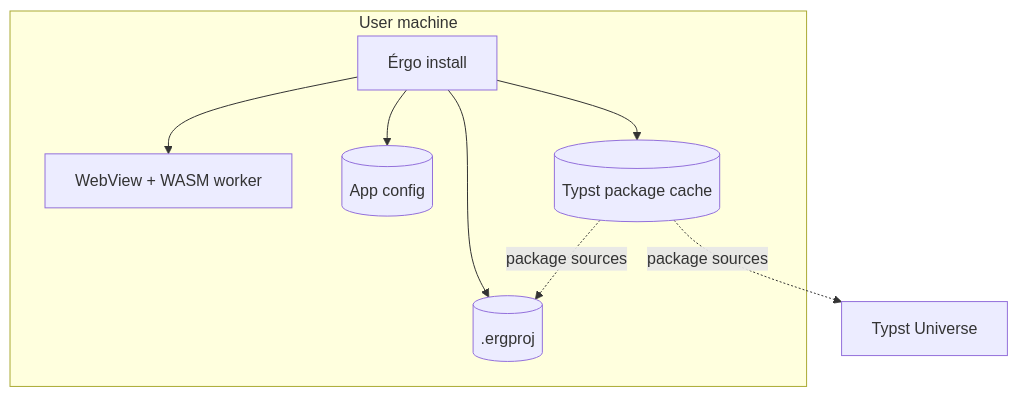
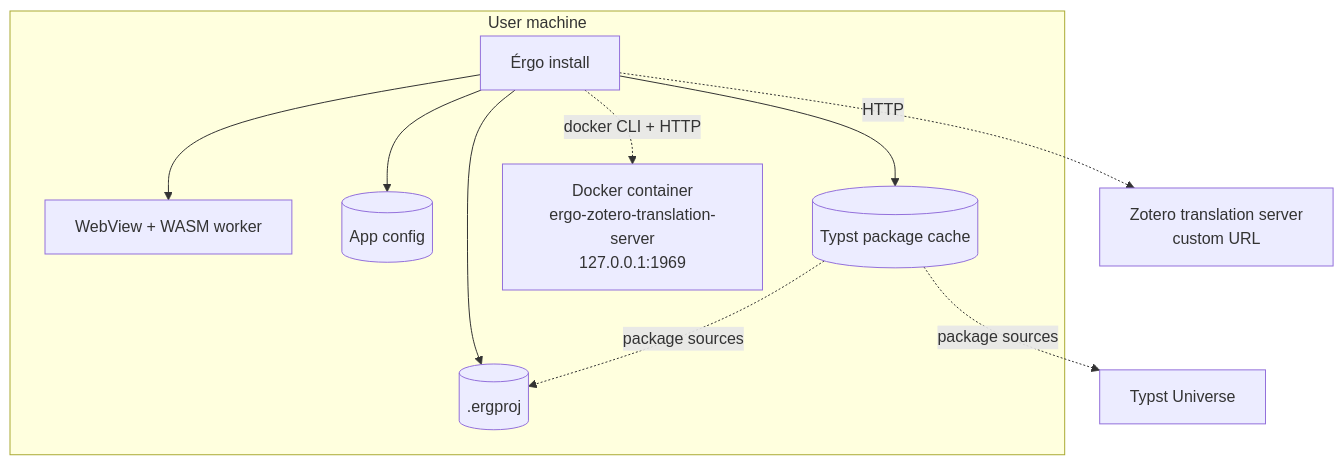
Before and after one commit to andmoreduro/ergo: the diagram in context/distribution-diagram.md, drawn with Mermaid. The commit also changed other lines of this file and 28 other files, not shown here.

First line of the commit message:
feat(bibliography): complete Zotero translation-server metadata lookup

````diff
--- a/context/distribution-diagram.md
+++ b/context/distribution-diagram.md
@@ -9,17 +9,21 @@
 ```mermaid
 flowchart TB
     Registry[Typst Universe]
+    ExternalServer[Zotero translation server<br/>custom URL]
     subgraph UserMachine [User machine]
         WebView[WebView + WASM worker]
         ErgoInstall[Érgo install]
         UserDocs[(.ergproj)]
         AppConfig[(App config)]
         TypstCache[(Typst package cache)]
+        DockerContainer[Docker container<br/>ergo-zotero-translation-server<br/>127.0.0.1:1969]
     end
     ErgoInstall --> WebView
     ErgoInstall --> UserDocs
     ErgoInstall --> AppConfig
     ErgoInstall --> TypstCache
+    ErgoInstall -. docker CLI + HTTP .-> DockerContainer
+    ErgoInstall -. HTTP .-> ExternalServer
     TypstCache -. package sources .-> Registry
     TypstCache -. package sources .-> UserDocs
 ```
````
